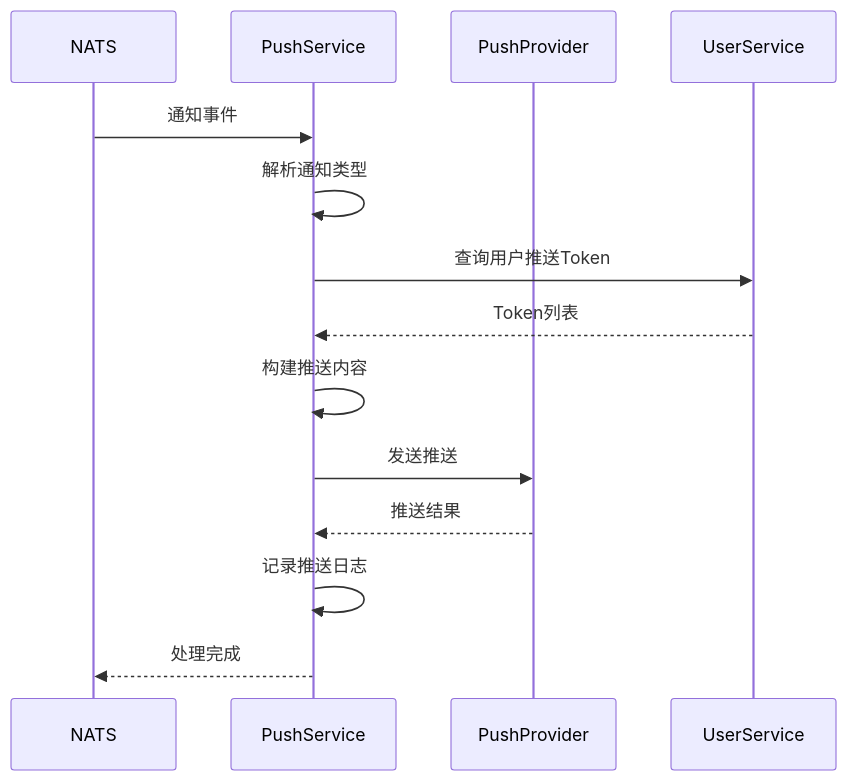
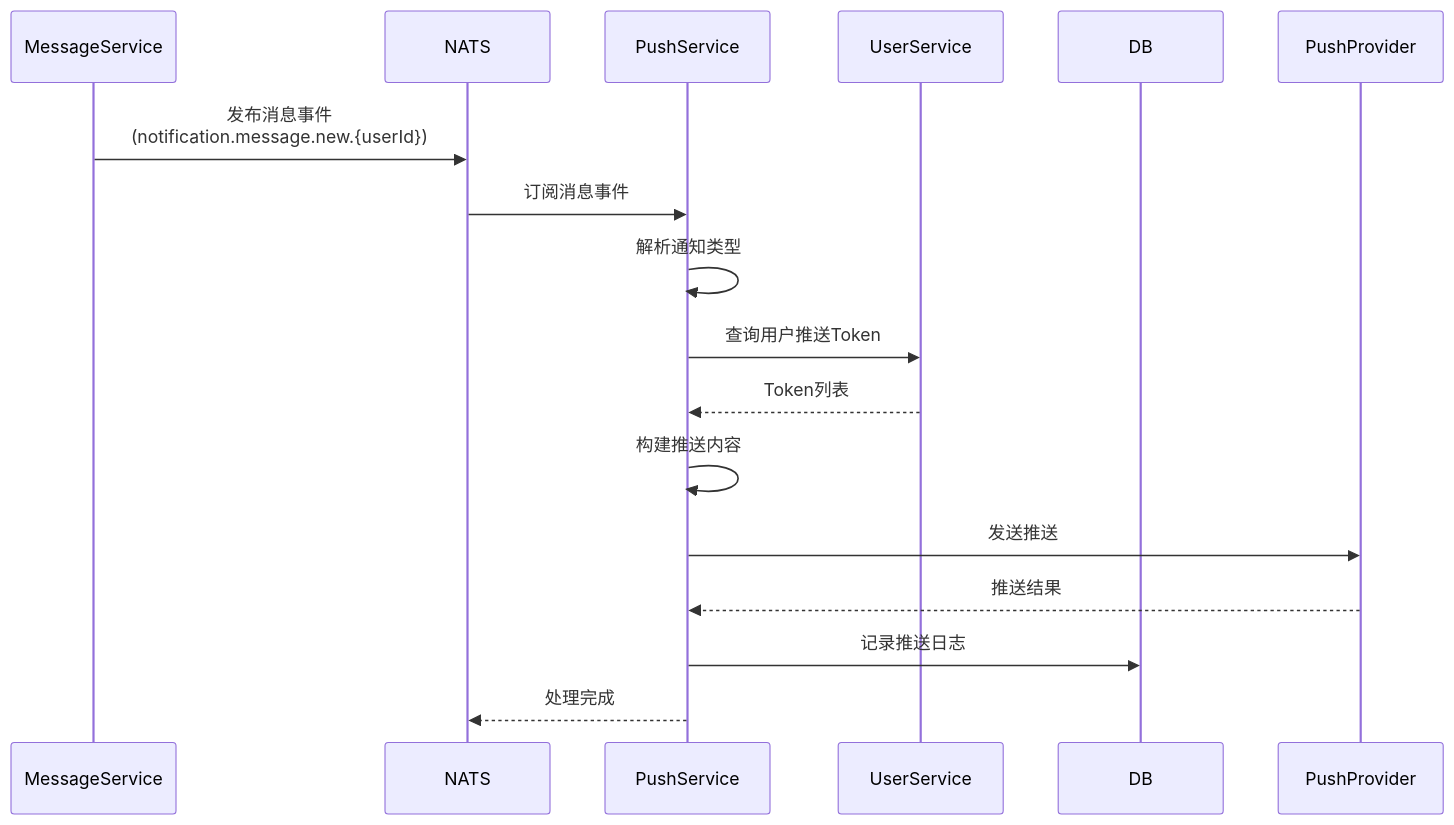
The first of 3 diagrams in docs/design/push/push.md (yzhgit/anychat-server), drawn with Mermaid before and after one commit. The commit also changed other lines of this file and 30 other files, not shown here.

First line of the commit message:
docs: 更新设计文档时序图，添加Gateway和NATS参与者

````diff
--- a/docs/design/push/push.md
+++ b/docs/design/push/push.md
@@ -25,17 +27,20 @@
 ```mermaid
 sequenceDiagram
+    participant MessageService
     participant NATS
     participant PushService
+    participant UserService
+    participant DB
     participant PushProvider
-    participant UserService
 
-    NATS->>PushService: 通知事件
+    MessageService->>NATS: 发布消息事件<br/>(notification.message.new.{userId})
+    NATS->>PushService: 订阅消息事件
     PushService->>PushService: 解析通知类型
     PushService->>UserService: 查询用户推送Token
     UserService-->>PushService: Token列表
     PushService->>PushService: 构建推送内容
     PushService->>PushProvider: 发送推送
     PushProvider-->>PushService: 推送结果
-    PushService->>PushService: 记录推送日志
+    PushService->>DB: 记录推送日志
     PushService-->>NATS: 处理完成
 ```
````
